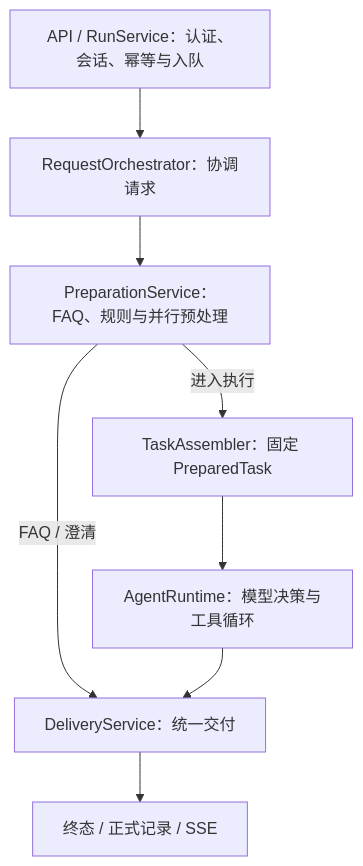
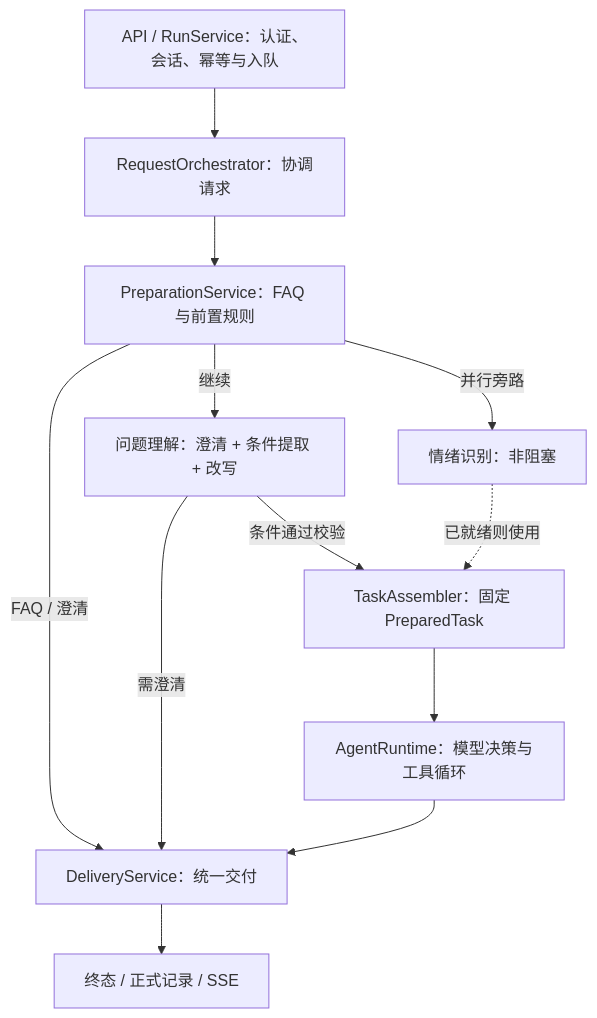
The diagram in tianmu-agent/README.md (blackirlsama/DokiTV), drawn with Mermaid before and after one commit. The commit also changed other lines of this file and 45 other files, not shown here.

````diff
--- a/tianmu-agent/README.md
+++ b/tianmu-agent/README.md
@@ -20,11 +20,15 @@
 ```mermaid
 flowchart TD
     A["API / RunService：认证、会话、幂等与入队"]
     A --> B["RequestOrchestrator：协调请求"]
-    B --> C["PreparationService：FAQ、规则与并行预处理"]
+    B --> C["PreparationService：FAQ 与前置规则"]
     C -->|FAQ / 澄清| F["DeliveryService：统一交付"]
-    C -->|进入执行| D["TaskAssembler：固定 PreparedTask"]
+    C -->|继续| U["问题理解：澄清 + 条件提取 + 改写"]
+    C -->|并行旁路| M["情绪识别：非阻塞"]
+    U -->|需澄清| F
+    U -->|条件通过校验| D["TaskAssembler：固定 PreparedTask"]
+    M -.已就绪则使用.-> D
     D --> E["AgentRuntime：模型决策与工具循环"]
     E --> F
     F --> G["终态 / 正式记录 / SSE"]
 ```
````
